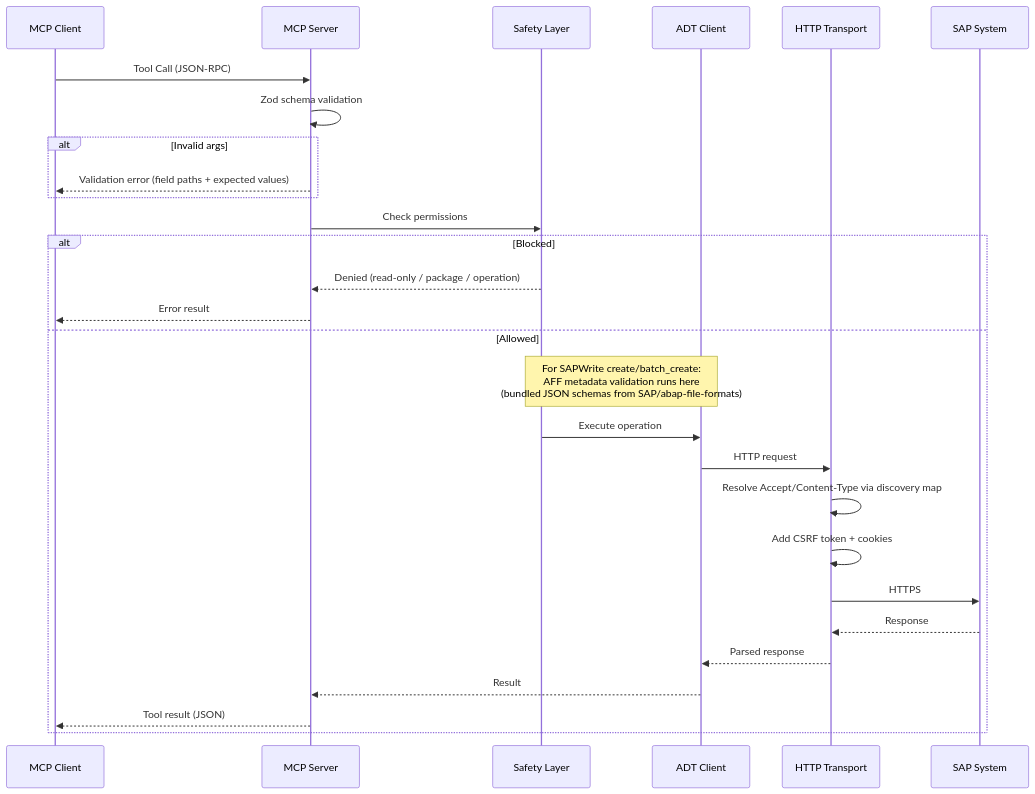
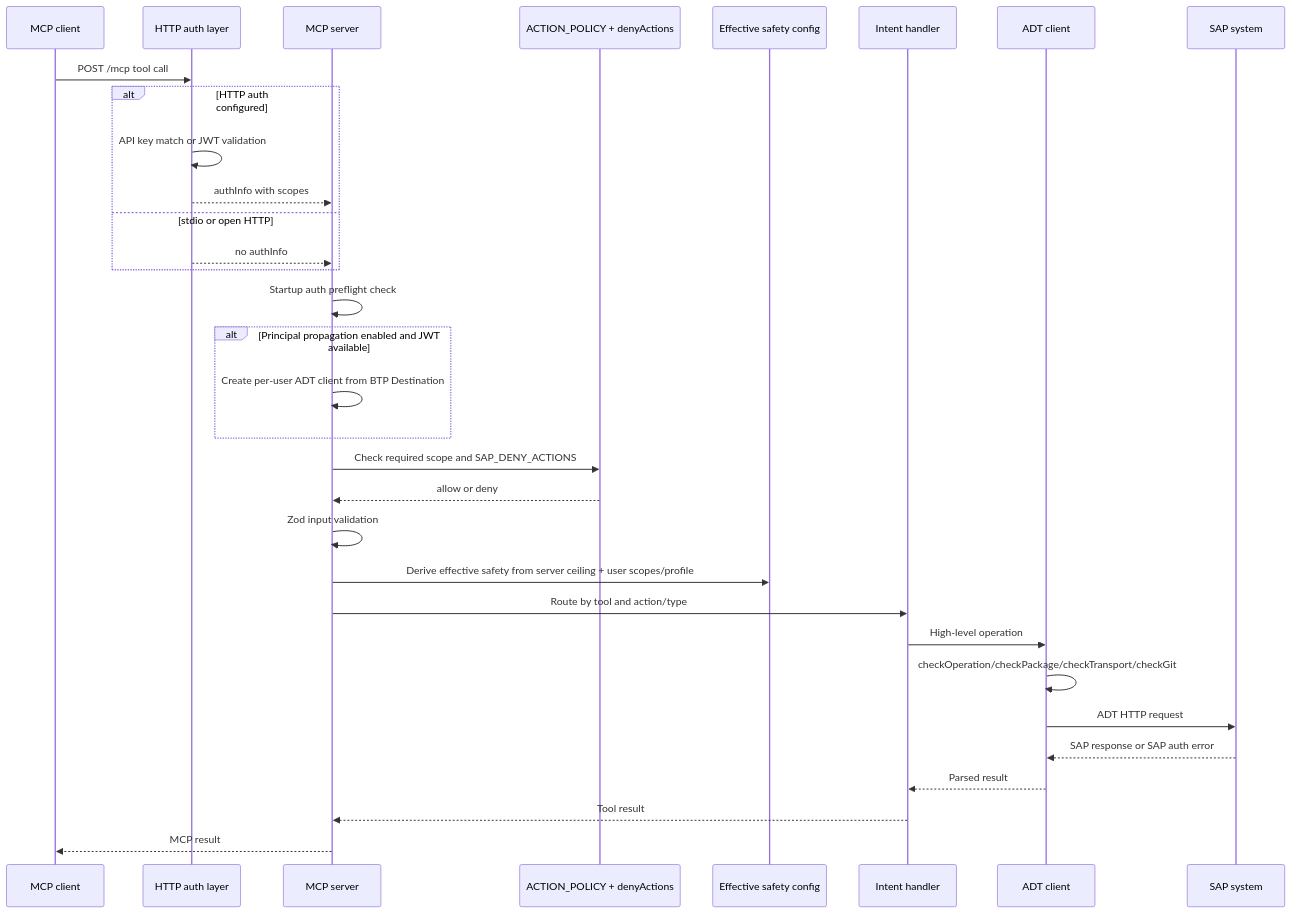
One commit to marianfoo/arc-1 changed the second of 8 diagrams in docs_page/architecture.md. Above: the diagram before and after it, drawn with Mermaid. The commit also changed other lines of this file, not shown here.

Commit message:
chore: refresh architecture guide

````diff
--- a/docs_page/architecture.md
+++ b/docs_page/architecture.md
@@ -79,32 +100,37 @@
 ```mermaid
 sequenceDiagram
-    participant Client as MCP Client
-    participant Server as MCP Server
-    participant Safety as Safety Layer
-    participant ADT as ADT Client
-    participant HTTP as HTTP Transport
-    participant SAP as SAP System
+    participant Client as MCP client
+    participant HTTP as HTTP auth layer
+    participant Server as MCP server
+    participant Policy as ACTION_POLICY + denyActions
+    participant Safety as Effective safety config
+    participant Handler as Intent handler
+    participant ADT as ADT client
+    participant SAP as SAP system
 
-    Client->>Server: Tool Call (JSON-RPC)
-    Server->>Server: Zod schema validation
-    alt Invalid args
-        Server-->>Client: Validation error (field paths + expected values)
+    Client->>HTTP: POST /mcp tool call
+    alt HTTP auth configured
+        HTTP->>HTTP: API key match or JWT validation
+        HTTP-->>Server: authInfo with scopes
+    else stdio or open HTTP
+        HTTP-->>Server: no authInfo
     end
-    Server->>Safety: Check permissions
 
-    alt Blocked
-        Safety-->>Server: Denied (read-only / package / operation)
-        Server-->>Client: Error result
-    else Allowed
-        Note over Safety,ADT: For SAPWrite create/batch_create:<br/>AFF metadata validation runs here<br/>(bundled JSON schemas from SAP/abap-file-formats)
-        Safety->>ADT: Execute operation
-        ADT->>HTTP: HTTP request
-        HTTP->>HTTP: Resolve Accept/Content-Type via discovery map
-        HTTP->>HTTP: Add CSRF token + cookies
-        HTTP->>SAP: HTTPS
-        SAP-->>HTTP: Response
-        HTTP-->>ADT: Parsed response
-        ADT-->>Server: Result
-        Server-->>Client: Tool result (JSON)
+    Server->>Server: Startup auth preflight check
+    alt Principal propagation enabled and JWT available
+        Server->>Server: Create per-user ADT client from BTP Destination
     end
+
+    Server->>Policy: Check required scope and SAP_DENY_ACTIONS
+    Policy-->>Server: allow or deny
+    Server->>Server: Zod input validation
+    Server->>Safety: Derive effective safety from server ceiling + user scopes/profile
+    Server->>Handler: Route by tool and action/type
+    Handler->>ADT: High-level operation
+    ADT->>ADT: checkOperation/checkPackage/checkTransport/checkGit
+    ADT->>SAP: ADT HTTP request
+    SAP-->>ADT: SAP response or SAP auth error
+    ADT-->>Handler: Parsed result
+    Handler-->>Server: Tool result
+    Server-->>Client: MCP result
 ```
````
